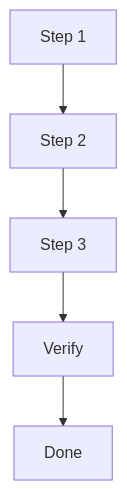
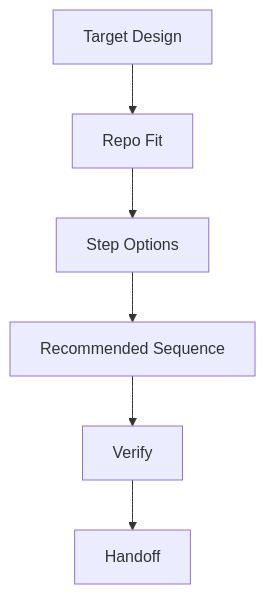
One commit to FlutteryEmbers/workflow changed the diagram in workflow_core/templates/plan.md. Above: the diagram before and after it, drawn with Mermaid. The commit also changed other lines of this file and 27 other files, not shown here.

````diff
--- a/workflow_core/templates/plan.md
+++ b/workflow_core/templates/plan.md
@@ -16,7 +39,8 @@
 ```mermaid
 flowchart TD
-    step_one["Step 1"] --> step_two["Step 2"]
-    step_two --> step_three["Step 3"]
-    step_three --> verify_node["Verify"]
-    verify_node --> done_node["Done"]
+    target_design["Target Design"] --> repo_fit["Repo Fit"]
+    repo_fit --> step_options["Step Options"]
+    step_options --> sequence_node["Recommended Sequence"]
+    sequence_node --> verify_node["Verify"]
+    verify_node --> handoff_node["Handoff"]
 ```
````
